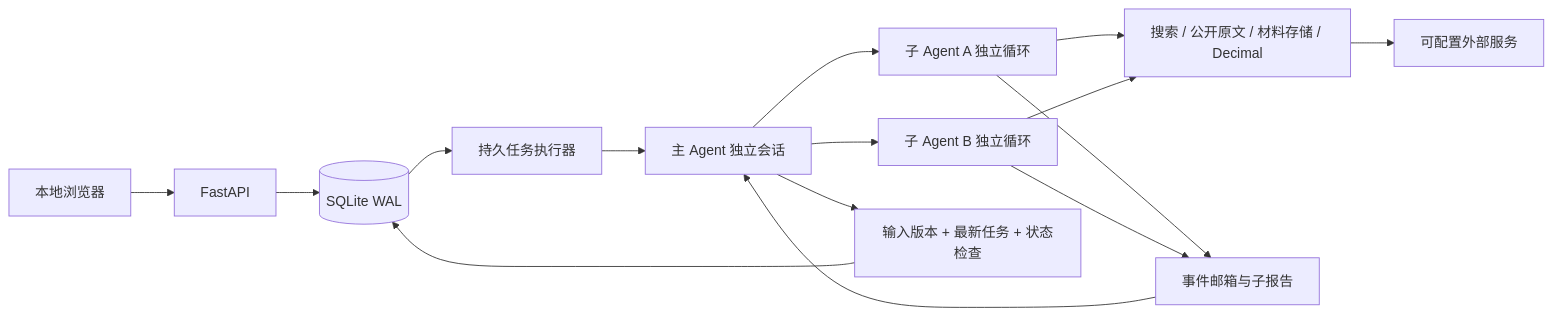
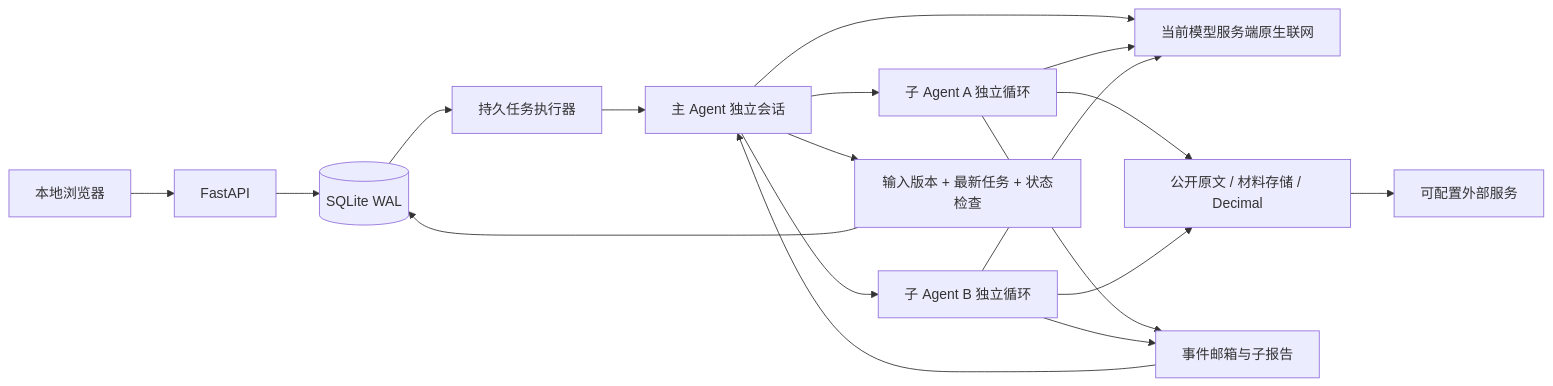
One commit to 180cmchn/AI-Powered-Portfolio-Intelligence changed the diagram in docs/architecture.md. Above: the diagram before and after it, drawn with Mermaid. The commit also changed other lines of this file and 45 other files, not shown here.

````diff
--- a/docs/architecture.md
+++ b/docs/architecture.md
@@ -3,17 +3,20 @@
 ```mermaid
 flowchart LR
   UI[本地浏览器] --> API[FastAPI]
   API --> DB[(SQLite WAL)]
   DB --> Worker[持久任务执行器]
   Worker --> Manager[主 Agent 独立会话]
   Manager --> A[子 Agent A 独立循环]
   Manager --> B[子 Agent B 独立循环]
-  A --> Tools[搜索 / 公开原文 / 材料存储 / Decimal]
+  Manager --> Native[当前模型服务端原生联网]
+  A --> Native
+  B --> Native
+  A --> Tools[公开原文 / 材料存储 / Decimal]
   B --> Tools
   Tools --> Providers[可配置外部服务]
   A --> Mailbox[事件邮箱与子报告]
   B --> Mailbox
   Mailbox --> Manager
   Manager --> Fence[输入版本 + 最新任务 + 状态检查]
   Fence --> DB
 ```
````
